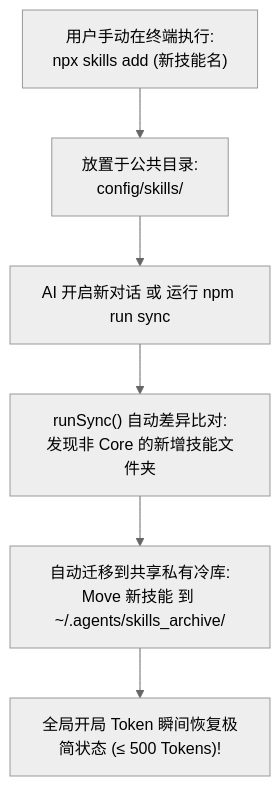
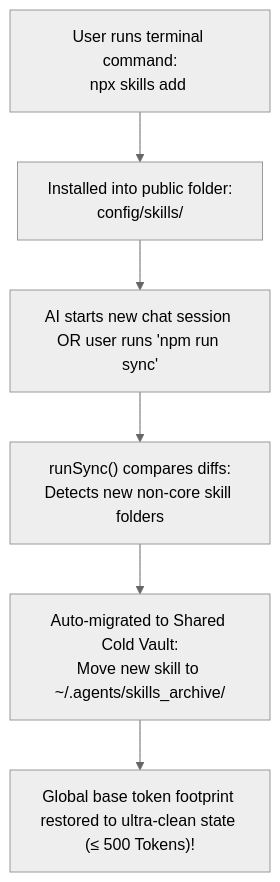
The second of 2 diagrams in README.md (amasun/skill-orchestrator), drawn with Mermaid (neutral theme) before and after one commit. The commit also changed other lines of this file and 2 other files, not shown here.

````diff
--- a/README.md
+++ b/README.md
@@ -119,8 +109,8 @@
 ```mermaid
 flowchart TD
-    UserAction["用户手动在终端执行:<br>npx skills add (新技能名)"] --> PublicFolder["放置于公共目录:<br>config/skills/"]
-    PublicFolder --> Trigger["AI 开启新对话 或 运行 npm run sync"]
-    Trigger --> Detect["runSync() 自动差异比对:<br>发现非 Core 的新增技能文件夹"]
-    Detect --> Migrate["自动迁移到共享私有冷库:<br>Move 新技能 到 ~/.agents/skills_archive/"]
-    Migrate --> Result["全局开局 Token 瞬间恢复极简状态 (&le; 500 Tokens)!"]
+    UserAction["User runs terminal command:<br>npx skills add <skill-name>"] --> PublicFolder["Installed into public folder:<br>config/skills/"]
+    PublicFolder --> Trigger["AI starts new chat session OR user runs 'npm run sync'"]
+    Trigger --> Detect["runSync() compares diffs:<br>Detects new non-core skill folders"]
+    Detect --> Migrate["Auto-migrated to Shared Cold Vault:<br>Move new skill to ~/.agents/skills_archive/"]
+    Migrate --> Result["Global base token footprint restored to ultra-clean state (&le; 500 Tokens)!"]
 ```
````
